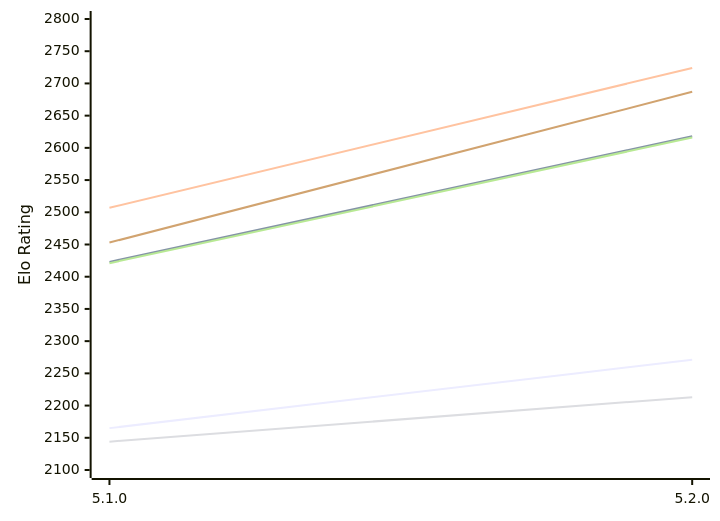
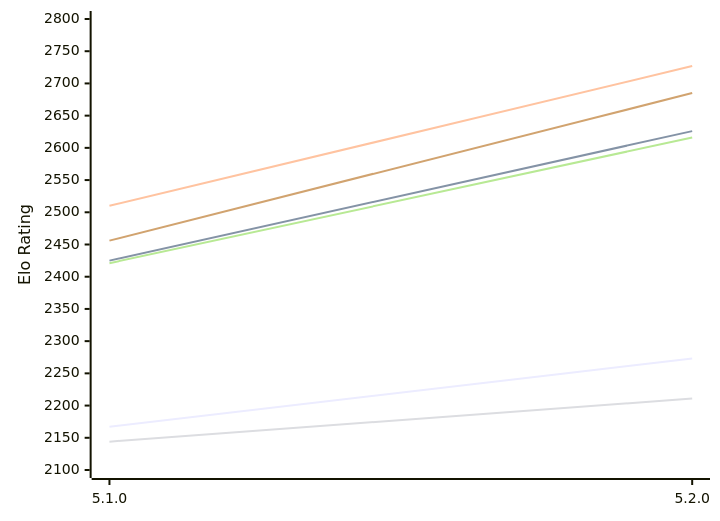
Before and after one commit to computer-chess-index/cci: the first of 2 diagrams in engines/Aconcagua.md, drawn with Mermaid. The commit also changed other lines of this file, not shown here.

Commit message:
Update CCI Ratings (ELO VLTC) - 2026-11-22

````diff
--- a/engines/Aconcagua.md
+++ b/engines/Aconcagua.md
@@ -53,12 +53,12 @@
 ```mermaid
 %%{init: {"theme":"base","themeVariables":{"seriesColors:['#a3a3a3','#222221','#faa371']}}}%%
 xychart-beta
   x-axis ["5.1.0", "5.2.0"]
   y-axis "Elo Rating" 2100 --> 2800
-  line "E1: STC (8.0+0.08s)" [2165, 2271]
-  line "E1: LTC (60.0+0.60s)" [2423, 2618]
-  line "E1: VLTC (2m24s+1.12s)" [2507, 2724]
-  line "P1: STC (8.0+0.08s)" [2144, 2213]
+  line "E1: STC (8.0+0.08s)" [2167, 2273]
+  line "E1: LTC (60.0+0.60s)" [2425, 2626]
+  line "E1: VLTC (2m24s+1.12s)" [2510, 2727]
+  line "P1: STC (8.0+0.08s)" [2144, 2211]
   line "P1: LTC (60.0+0.60s)" [2421, 2616]
-  line "P1: VLTC (2m24s+1.12s)" [2453, 2687]
+  line "P1: VLTC (2m24s+1.12s)" [2456, 2685]
 ```
````
